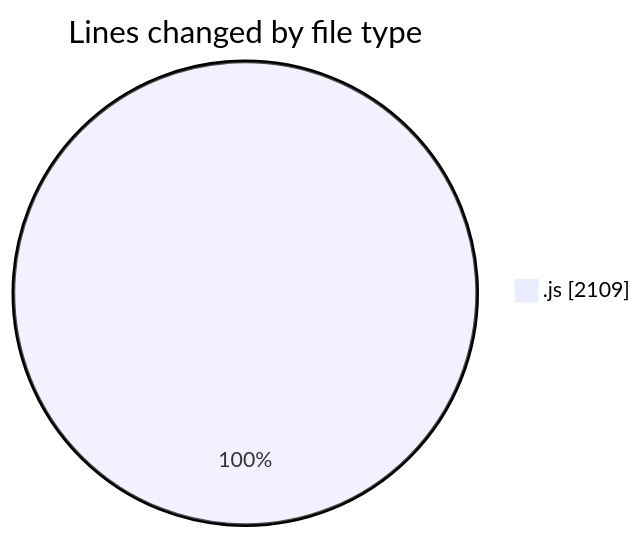
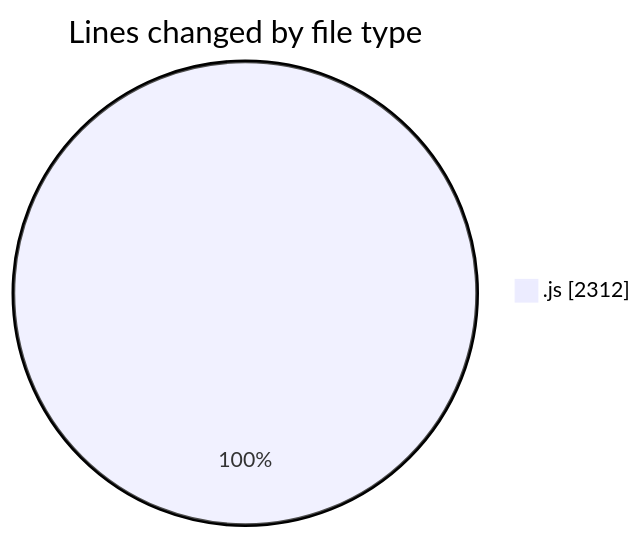
The first of 2 diagrams in 2025-08-11/nxtqube_webapp/README.md (nxtqubesakshisongat/code-tracking), drawn with Mermaid before and after one commit. The commit also changed other lines of this file and 1 other file, not shown here.

````diff
--- a/2025-08-11/nxtqube_webapp/README.md
+++ b/2025-08-11/nxtqube_webapp/README.md
@@ -20,5 +21,5 @@
 ```mermaid
 pie showData
 title Lines changed by file type
-".js" : 2109
+".js" : 2312
 ```
````
